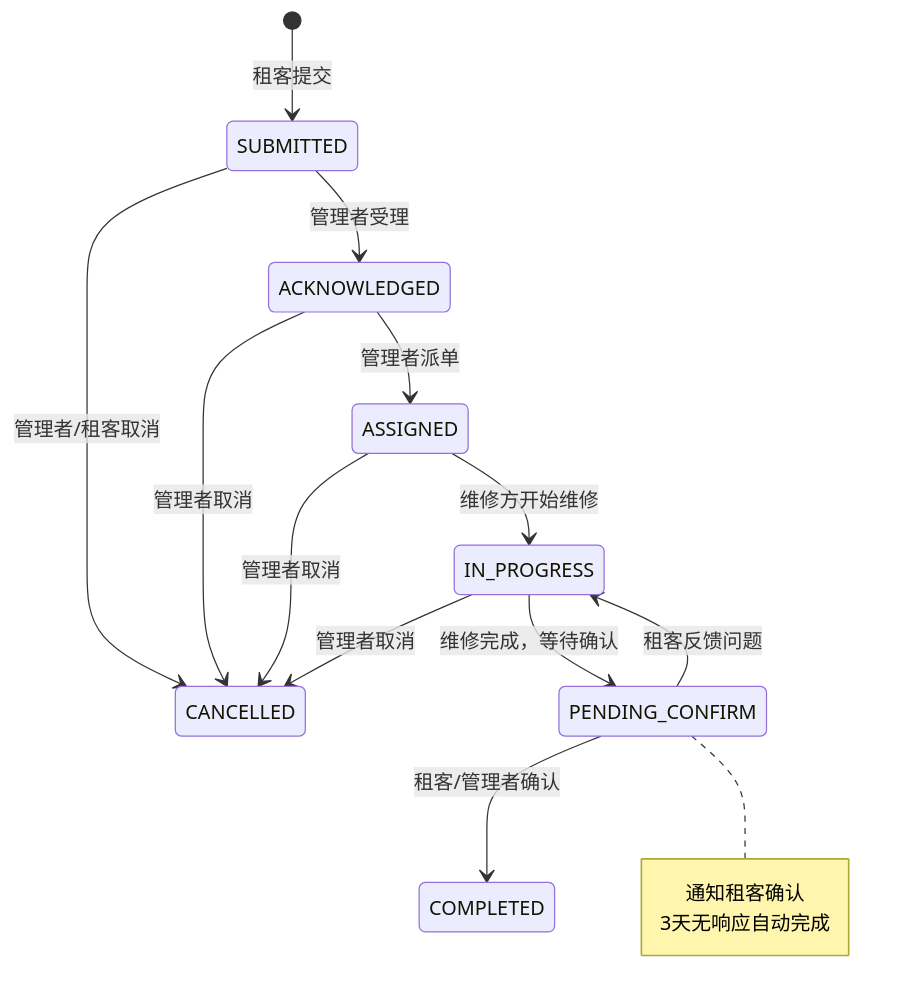
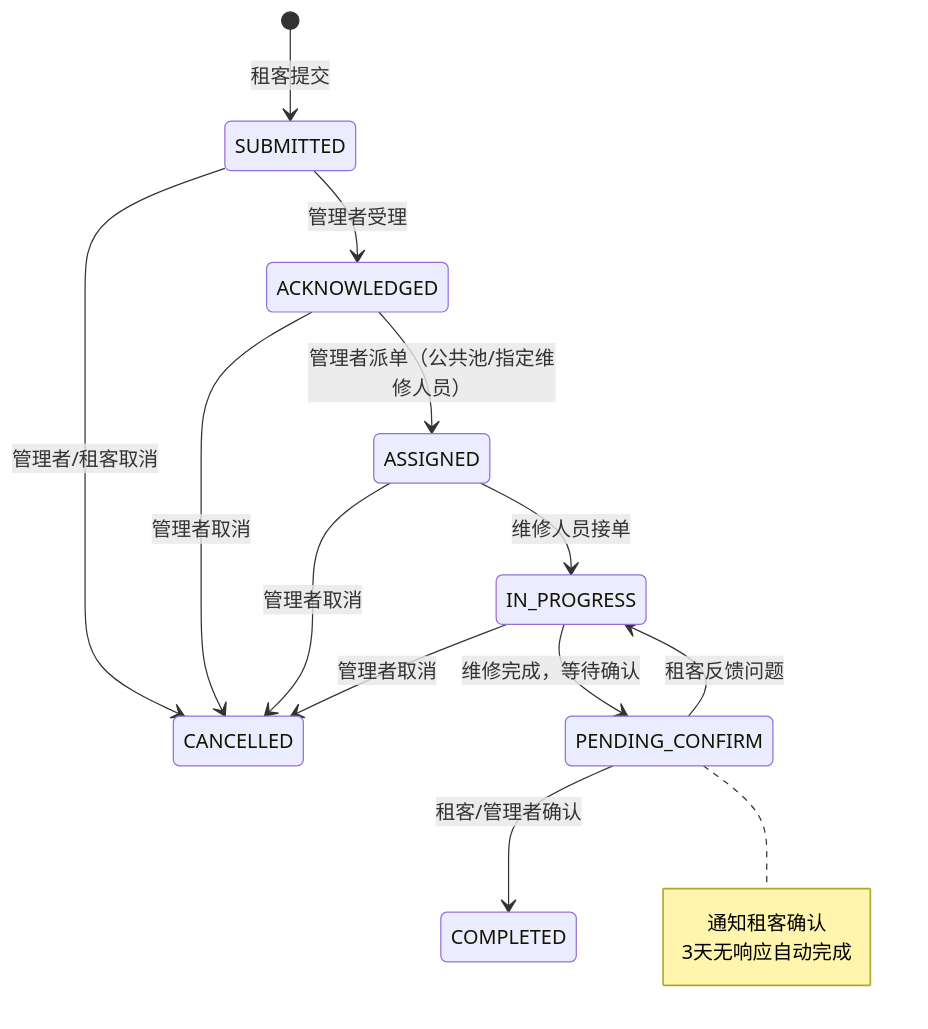
One commit to tyyt53909-create/tenant-management-system changed the fourth of 5 diagrams in docs/04-状态机.md. Above: the diagram before and after it, drawn with Mermaid. The commit also changed other lines of this file and 34 other files, not shown here.

````diff
--- a/docs/04-状态机.md
+++ b/docs/04-状态机.md
@@ -423,24 +423,24 @@
 ```mermaid
 stateDiagram-v2
     [*] --> SUBMITTED: 租客提交
     
     SUBMITTED --> ACKNOWLEDGED: 管理者受理
     SUBMITTED --> CANCELLED: 管理者/租客取消
     
-    ACKNOWLEDGED --> ASSIGNED: 管理者派单
+    ACKNOWLEDGED --> ASSIGNED: 管理者派单（公共池/指定维修人员）
     ACKNOWLEDGED --> CANCELLED: 管理者取消
     
-    ASSIGNED --> IN_PROGRESS: 维修方开始维修
+    ASSIGNED --> IN_PROGRESS: 维修人员接单
     ASSIGNED --> CANCELLED: 管理者取消
     
     IN_PROGRESS --> PENDING_CONFIRM: 维修完成，等待确认
     IN_PROGRESS --> CANCELLED: 管理者取消
     
     PENDING_CONFIRM --> COMPLETED: 租客/管理者确认
     PENDING_CONFIRM --> IN_PROGRESS: 租客反馈问题
     
     note right of PENDING_CONFIRM
         通知租客确认
         3天无响应自动完成
     end note
 ```
````
